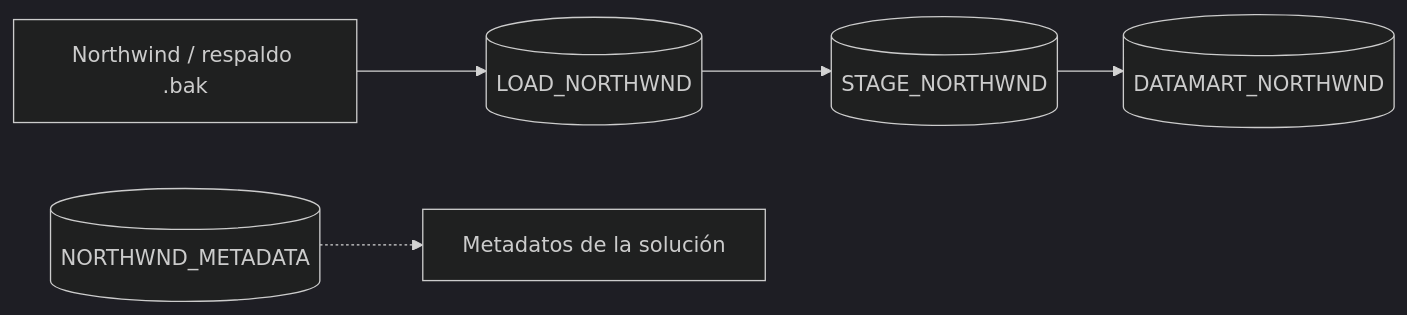
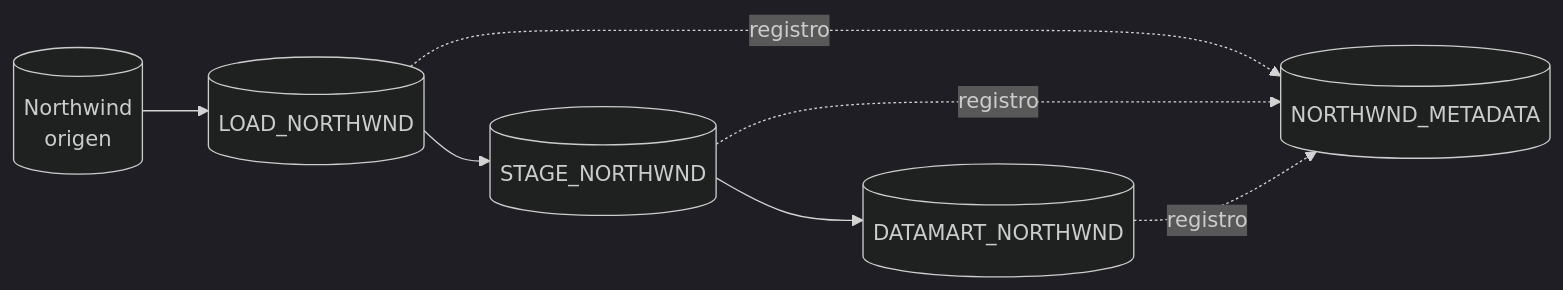
One commit to LucasCarrizo10/DataMart_Northwnd changed the first of 2 diagrams in README.md. Above: the diagram before and after it, drawn with Mermaid (dark theme). The commit also changed other lines of this file and 2 other files, not shown here.

````diff
--- a/README.md
+++ b/README.md
@@ -11,7 +11,9 @@
 ```mermaid
 flowchart LR
-    O[Northwind / respaldo .bak] --> L[(LOAD_NORTHWND)]
+    O[(Northwind<br/>origen)] --> L[(LOAD_NORTHWND)]
     L --> S[(STAGE_NORTHWND)]
     S --> D[(DATAMART_NORTHWND)]
-    M[(NORTHWND_METADATA)] -.-> P[Metadatos de la solución]
+    L -. registro .-> M[(NORTHWND_METADATA)]
+    S -. registro .-> M
+    D -. registro .-> M
 ```
````
